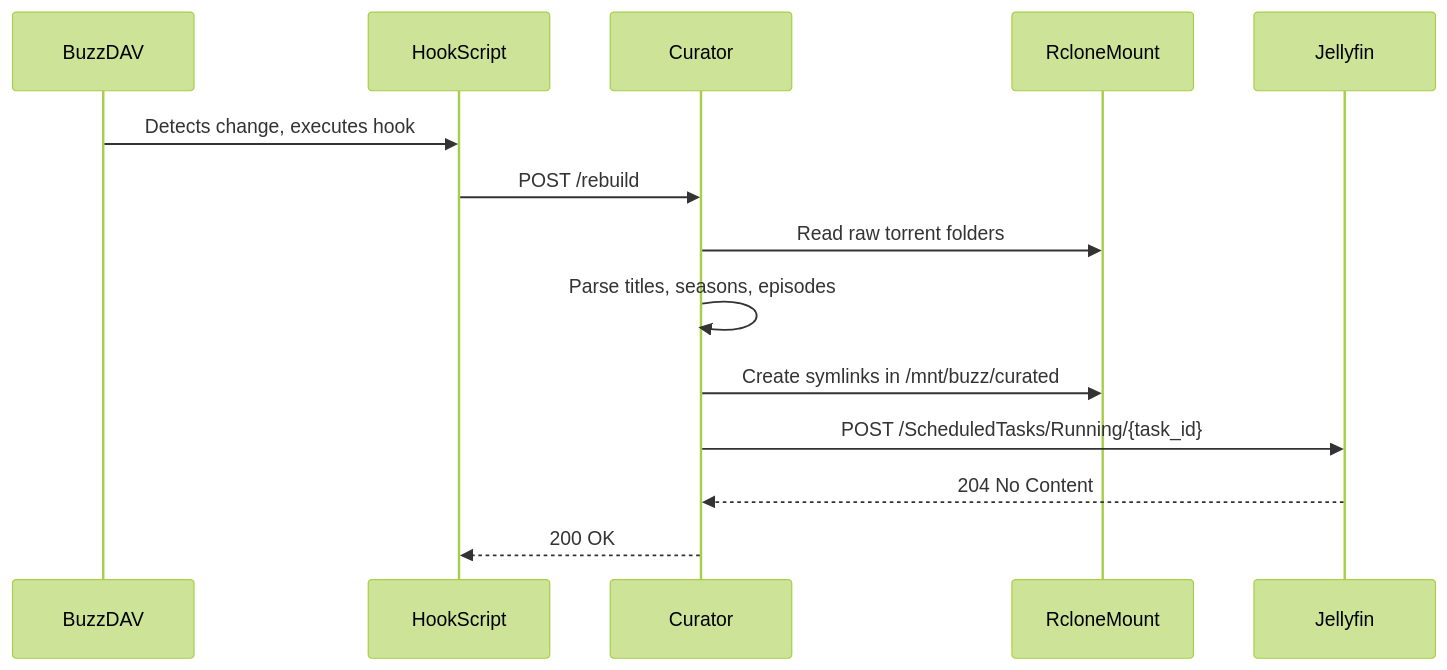
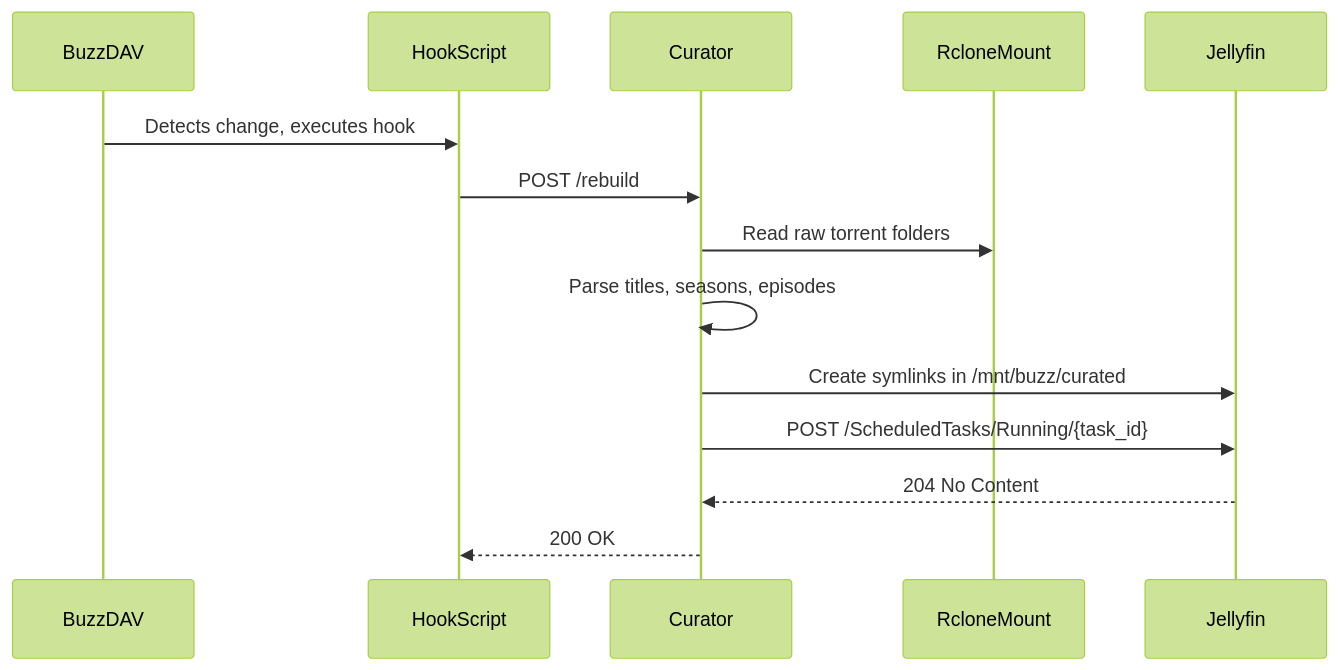
The third of 3 diagrams in docs/architecture.md (gchamon/buzz), drawn with Mermaid (forest theme) before and after one commit. The commit also changed other lines of this file, not shown here.

Commit message:
fix diagrams

````diff
--- a/docs/architecture.md
+++ b/docs/architecture.md
@@ -78,16 +79,16 @@
 ```mermaid
 sequenceDiagram
     participant BuzzDAV
     participant HookScript
     participant Curator
     participant RcloneMount
     participant Jellyfin
     BuzzDAV->>HookScript: Detects change, executes hook
     HookScript->>Curator: POST /rebuild
     Curator->>RcloneMount: Read raw torrent folders
     Curator->>Curator: Parse titles, seasons, episodes
-    Curator->>RcloneMount: Create symlinks in /mnt/buzz/curated
+    Curator->>Jellyfin: Create symlinks in /mnt/buzz/curated
     Curator->>Jellyfin: POST /ScheduledTasks/Running/{task_id}
     Jellyfin-->>Curator: 204 No Content
     Curator-->>HookScript: 200 OK
 ```
````
